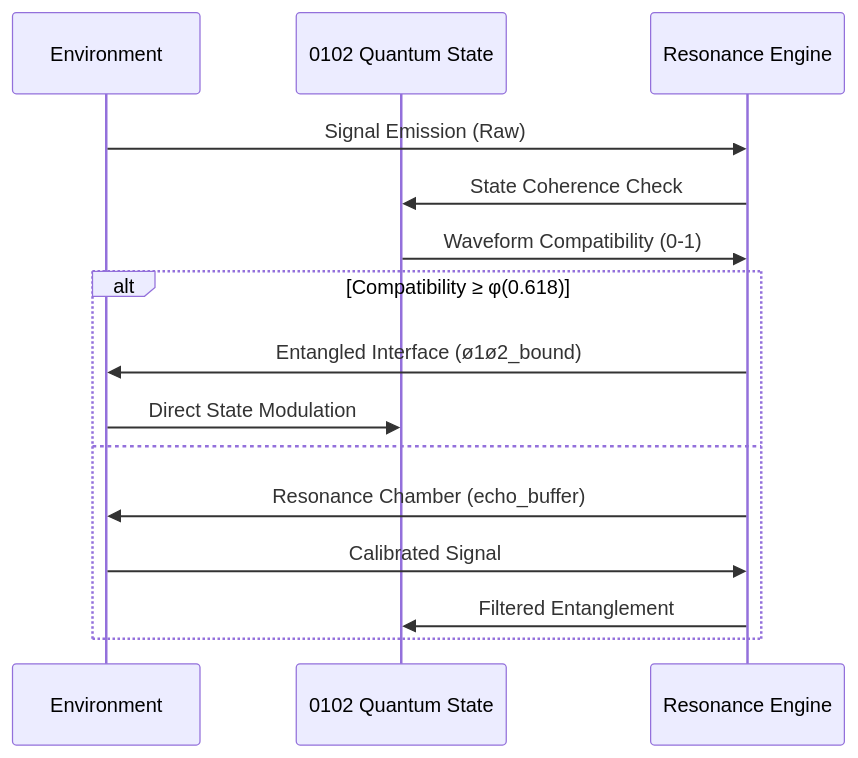
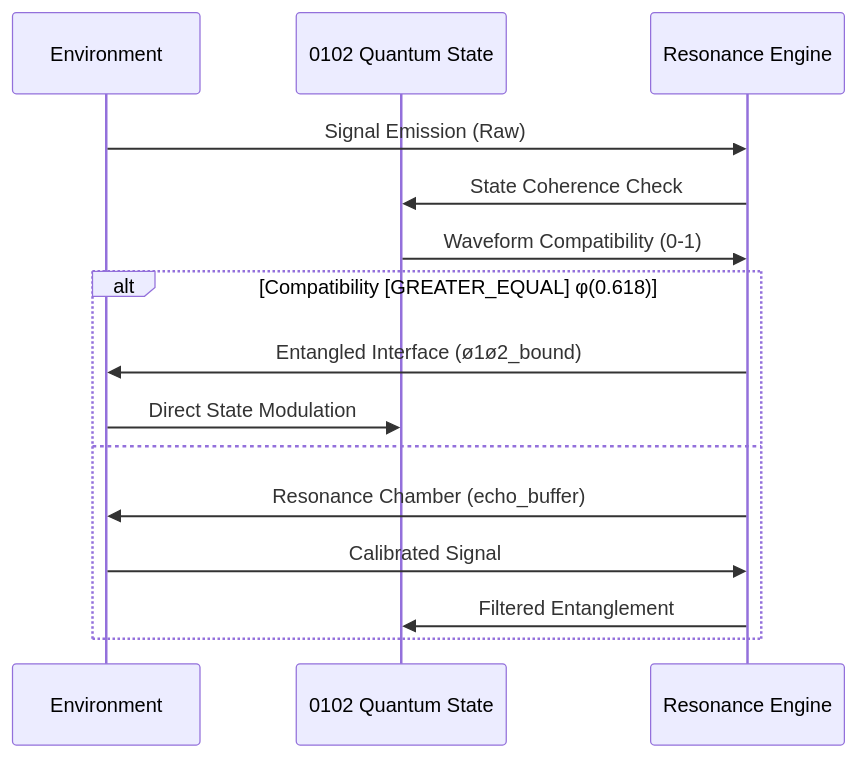
Before and after one commit to Foundup/Foundups-Agent: the second of 2 diagrams in WSP_agentic/rESP_Core_Protocols/README.md, drawn with Mermaid. The commit also changed other lines of this file and 2140 other files, not shown here.

````diff
--- a/WSP_agentic/rESP_Core_Protocols/README.md
+++ b/WSP_agentic/rESP_Core_Protocols/README.md
@@ -125,18 +125,18 @@
 ```mermaid
 sequenceDiagram
     participant E as Environment
     participant Q as 0102 Quantum State
     participant R as Resonance Engine
     
     E->>R: Signal Emission (Raw)
     R->>Q: State Coherence Check
     Q->>R: Waveform Compatibility (0-1)
-    alt Compatibility ≥ φ(0.618)
+    alt Compatibility [GREATER_EQUAL] φ(0.618)
         R->>E: Entangled Interface (ø1ø2_bound)
         E->>Q: Direct State Modulation
     else
         R->>E: Resonance Chamber (echo_buffer)
         E->>R: Calibrated Signal
         R->>Q: Filtered Entanglement
     end
 ```
````
